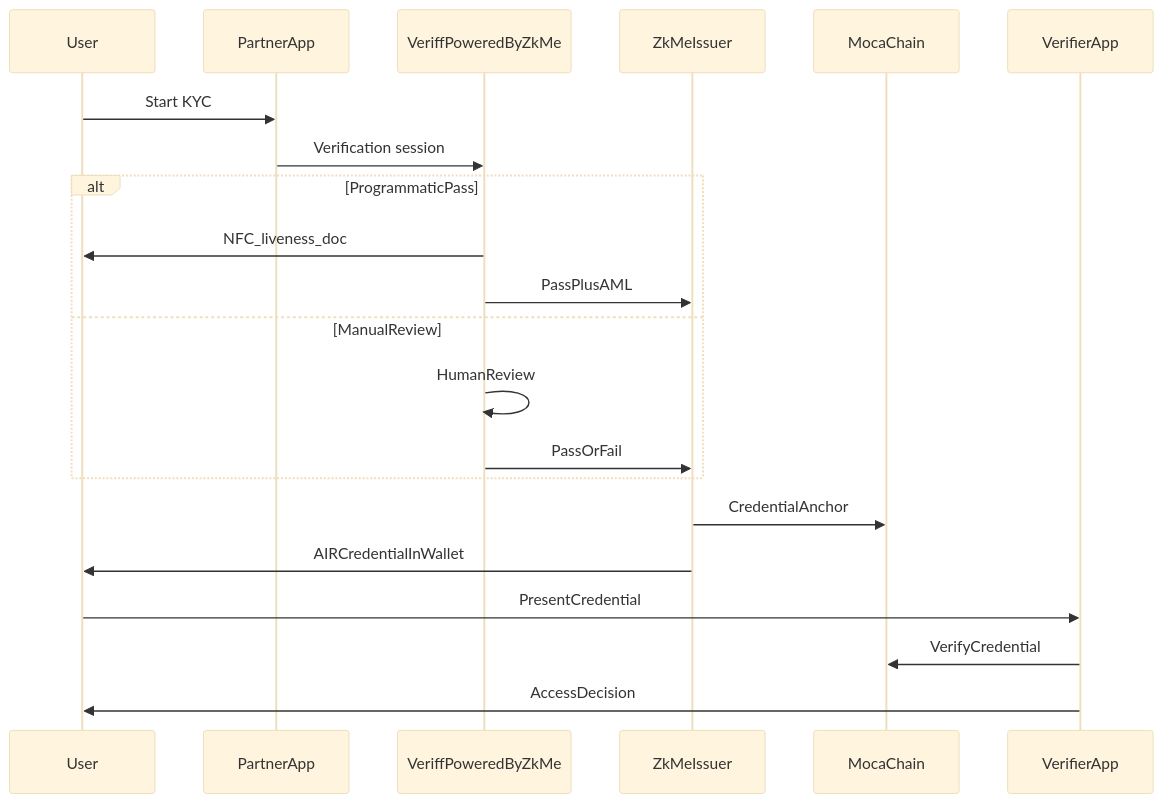
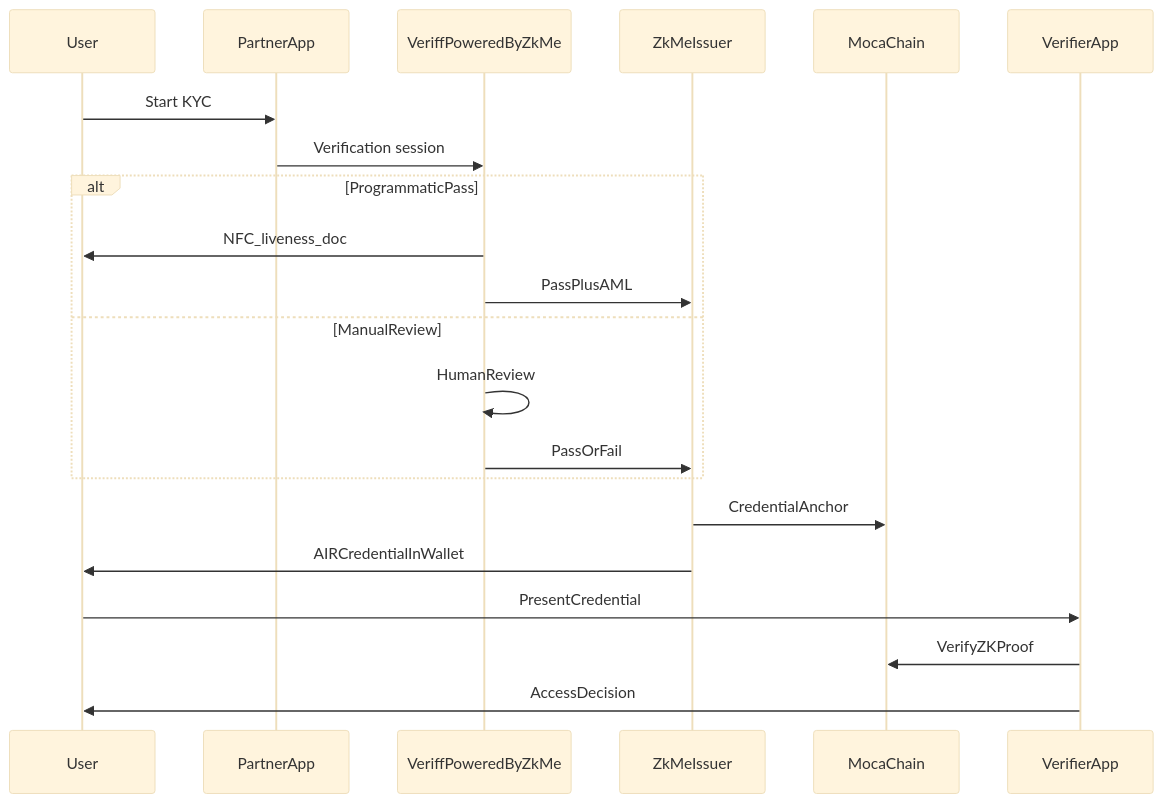
One commit to MocaNetwork/docs changed the diagram in kyc/how-it-works.mdx. Above: the diagram before and after it, drawn with Mermaid (base theme). The commit also changed other lines of this file and 6 other files, not shown here.

````diff
--- a/kyc/how-it-works.mdx
+++ b/kyc/how-it-works.mdx
@@ -38,24 +38,24 @@
 ```mermaid
 sequenceDiagram
   participant User
   participant PartnerApp as PartnerApp
   participant VpZ as VeriffPoweredByZkMe
   participant ZkMeIssuer as ZkMeIssuer
   participant MocaChain as MocaChain
   participant Verifier as VerifierApp
 
   User->>PartnerApp: Start KYC
   PartnerApp->>VpZ: Verification session
   alt ProgrammaticPass
     VpZ->>User: NFC_liveness_doc
     VpZ->>ZkMeIssuer: PassPlusAML
   else ManualReview
     VpZ->>VpZ: HumanReview
     VpZ->>ZkMeIssuer: PassOrFail
   end
   ZkMeIssuer->>MocaChain: CredentialAnchor
   ZkMeIssuer->>User: AIRCredentialInWallet
   User->>Verifier: PresentCredential
-  Verifier->>MocaChain: VerifyCredential
+  Verifier->>MocaChain: VerifyZKProof
   Verifier->>User: AccessDecision
 ```
````
